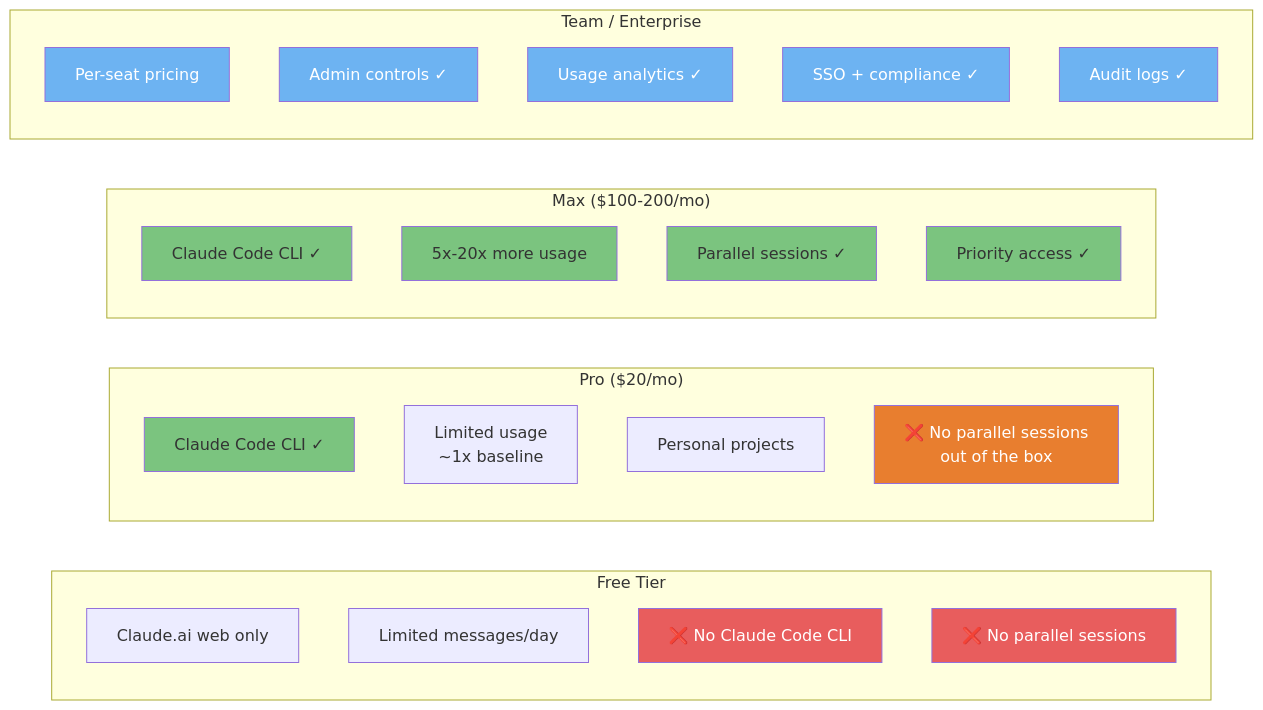
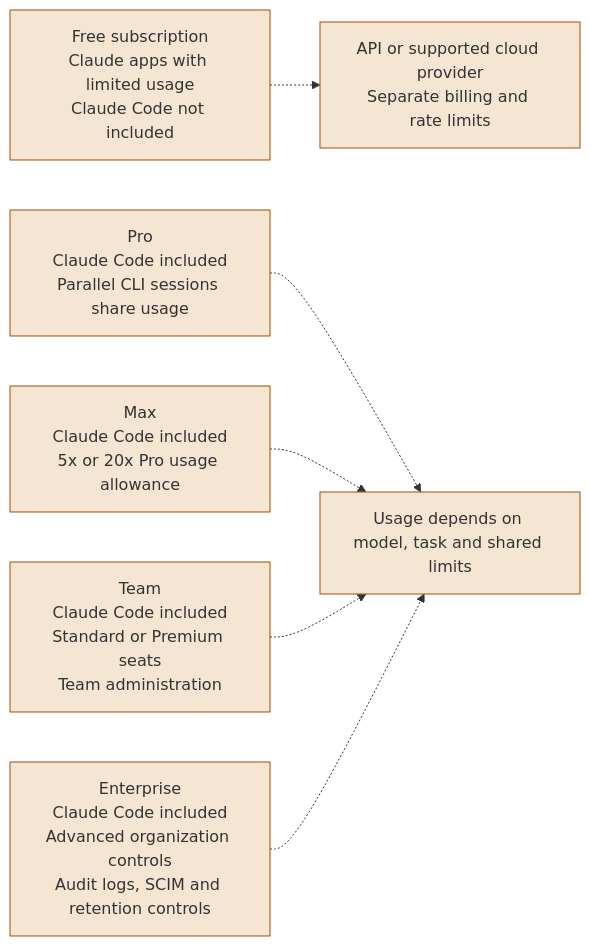
The third of 4 diagrams in guide/diagrams/09-cost-and-optimization.md (FlorianBruniaux/claude-code-ultimate-guide), drawn with Mermaid before and after one commit. The commit also changed other lines of this file and 17 other files, not shown here.

Commit message:
docs: refresh all diagrams and correct their source guidance

````diff
--- a/guide/diagrams/09-cost-and-optimization.md
+++ b/guide/diagrams/09-cost-and-optimization.md
@@ -180,63 +143,24 @@
 ```mermaid
 flowchart LR
-    subgraph FREE["Free Tier"]
-        F1[Claude.ai web only]
-        F2[Limited messages/day]
-        F3[❌ No Claude Code CLI]
-        F4[❌ No parallel sessions]
-    end
+    A[Free subscription<br/>Claude apps with limited usage<br/>Claude Code not included]
+    B[Pro<br/>Claude Code included<br/>Parallel CLI sessions share usage]
+    C[Max<br/>Claude Code included<br/>5x or 20x Pro usage allowance]
+    D[Team<br/>Claude Code included<br/>Standard or Premium seats<br/>Team administration]
+    E[Enterprise<br/>Claude Code included<br/>Advanced organization controls<br/>Audit logs, SCIM and retention controls]
+    F[API or supported cloud provider<br/>Separate billing and rate limits]
+    A -.-> F
+    B -.-> G[Usage depends on model, task and shared limits]
+    C -.-> G
+    D -.-> G
+    E -.-> G
 
-    subgraph PRO["Pro ($20/mo)"]
-        P1[Claude Code CLI ✓]
-        P2[Limited usage<br/>~1x baseline]
-        P3[Personal projects]
-        P4[❌ No parallel sessions<br/>out of the box]
-    end
-
-    subgraph MAX["Max ($100-200/mo)"]
-        M1[Claude Code CLI ✓]
-        M2[5x-20x more usage]
-        M3[Parallel sessions ✓]
-        M4[Priority access ✓]
-    end
-
-    subgraph TEAM["Team / Enterprise"]
-        T1[Per-seat pricing]
-        T2[Admin controls ✓]
-        T3[Usage analytics ✓]
-        T4[SSO + compliance ✓]
-        T5[Audit logs ✓]
-    end
-
-    style F3 fill:#E85D5D,color:#fff
-    style F4 fill:#E85D5D,color:#fff
-    style P4 fill:#E87E2F,color:#fff
-    style P1 fill:#7BC47F,color:#333
-    style M1 fill:#7BC47F,color:#333
-    style M2 fill:#7BC47F,color:#333
-    style M3 fill:#7BC47F,color:#333
-    style M4 fill:#7BC47F,color:#333
-    style T1 fill:#6DB3F2,color:#fff
-    style T2 fill:#6DB3F2,color:#fff
-    style T3 fill:#6DB3F2,color:#fff
-    style T4 fill:#6DB3F2,color:#fff
-    style T5 fill:#6DB3F2,color:#fff
-
-    click F1 href "https://github.com/FlorianBruniaux/claude-code-ultimate-guide/blob/main/guide/ultimate-guide.md#25-model-selection--thinking-guide" "Free: Claude.ai web only"
-    click F2 href "https://github.com/FlorianBruniaux/claude-code-ultimate-guide/blob/main/guide/ultimate-guide.md#25-model-selection--thinking-guide" "Free: Limited messages"
-    click F3 href "https://github.com/FlorianBruniaux/claude-code-ultimate-guide/blob/main/guide/ultimate-guide.md#25-model-selection--thinking-guide" "Free: No CLI"
-    click F4 href "https://github.com/FlorianBruniaux/claude-code-ultimate-guide/blob/main/guide/ultimate-guide.md#25-model-selection--thinking-guide" "Free: No parallel sessions"
-    click P1 href "https://github.com/FlorianBruniaux/claude-code-ultimate-guide/blob/main/guide/ultimate-guide.md#25-model-selection--thinking-guide" "Pro: Claude Code CLI"
-    click P2 href "https://github.com/FlorianBruniaux/claude-code-ultimate-guide/blob/main/guide/ultimate-guide.md#25-model-selection--thinking-guide" "Pro: Limited usage"
-    click P3 href "https://github.com/FlorianBruniaux/claude-code-ultimate-guide/blob/main/guide/ultimate-guide.md#25-model-selection--thinking-guide" "Pro: Personal projects"
-    click P4 href "https://github.com/FlorianBruniaux/claude-code-ultimate-guide/blob/main/guide/ultimate-guide.md#25-model-selection--thinking-guide" "Pro: No parallel sessions"
-    click M1 href "https://github.com/FlorianBruniaux/claude-code-ultimate-guide/blob/main/guide/ultimate-guide.md#25-model-selection--thinking-guide" "Max: Claude Code CLI"
-    click M2 href "https://github.com/FlorianBruniaux/claude-code-ultimate-guide/blob/main/guide/ultimate-guide.md#25-model-selection--thinking-guide" "Max: 5x-20x usage"
-    click M3 href "https://github.com/FlorianBruniaux/claude-code-ultimate-guide/blob/main/guide/ultimate-guide.md#25-model-selection--thinking-guide" "Max: Parallel sessions"
-    click M4 href "https://github.com/FlorianBruniaux/claude-code-ultimate-guide/blob/main/guide/ultimate-guide.md#25-model-selection--thinking-guide" "Max: Priority access"
-    click T1 href "https://github.com/FlorianBruniaux/claude-code-ultimate-guide/blob/main/guide/ultimate-guide.md#25-model-selection--thinking-guide" "Team: Per-seat pricing"
-    click T2 href "https://github.com/FlorianBruniaux/claude-code-ultimate-guide/blob/main/guide/ultimate-guide.md#25-model-selection--thinking-guide" "Team: Admin controls"
-    click T3 href "https://github.com/FlorianBruniaux/claude-code-ultimate-guide/blob/main/guide/ultimate-guide.md#25-model-selection--thinking-guide" "Team: Usage analytics"
-    click T4 href "https://github.com/FlorianBruniaux/claude-code-ultimate-guide/blob/main/guide/ultimate-guide.md#25-model-selection--thinking-guide" "Team: SSO + compliance"
-    click T5 href "https://github.com/FlorianBruniaux/claude-code-ultimate-guide/blob/main/guide/ultimate-guide.md#25-model-selection--thinking-guide" "Team: Audit logs"
+    classDef diagramNode fill:#F5E6D3,color:#333,stroke:#A64B00
+    class A,B,C,D,E,F,G diagramNode
+    click A href "https://github.com/FlorianBruniaux/claude-code-ultimate-guide/blob/main/guide/ultimate-guide.md#subscription-plans--limits" "View in guide"
+    click B href "https://github.com/FlorianBruniaux/claude-code-ultimate-guide/blob/main/guide/ultimate-guide.md#subscription-plans--limits" "View in guide"
+    click C href "https://github.com/FlorianBruniaux/claude-code-ultimate-guide/blob/main/guide/ultimate-guide.md#subscription-plans--limits" "View in guide"
+    click D href "https://github.com/FlorianBruniaux/claude-code-ultimate-guide/blob/main/guide/ultimate-guide.md#subscription-plans--limits" "View in guide"
+    click E href "https://github.com/FlorianBruniaux/claude-code-ultimate-guide/blob/main/guide/ultimate-guide.md#subscription-plans--limits" "View in guide"
+    click F href "https://github.com/FlorianBruniaux/claude-code-ultimate-guide/blob/main/guide/ultimate-guide.md#subscription-plans--limits" "View in guide"
+    click G href "https://github.com/FlorianBruniaux/claude-code-ultimate-guide/blob/main/guide/ultimate-guide.md#subscription-plans--limits" "View in guide"
 ```
````
